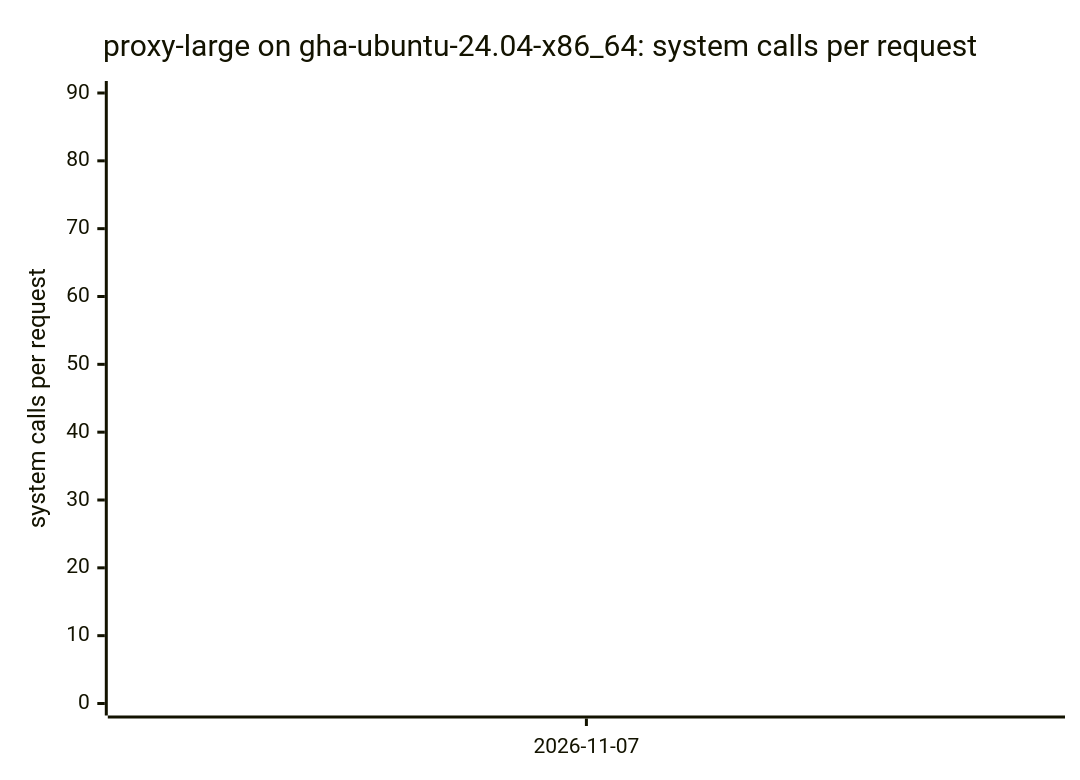
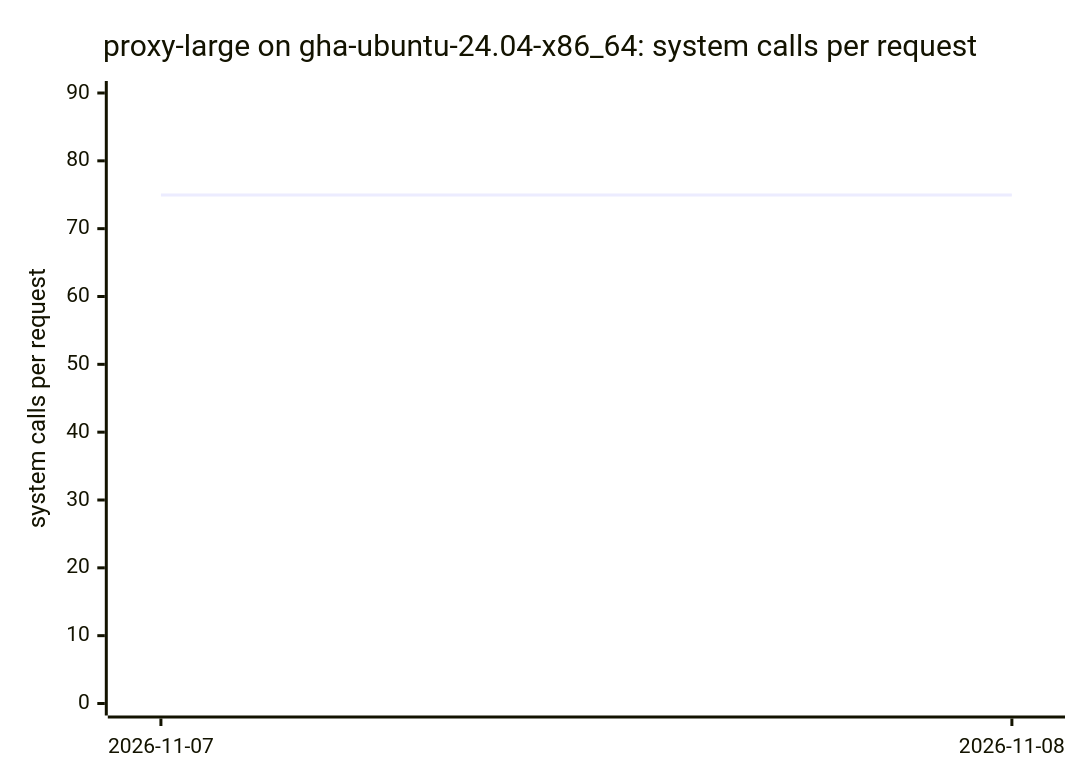
Diagram 14 of 16 in BENCHMARKS.md (ThePixelPilgrim/durchlauferhitzer), drawn with Mermaid before and after one commit. The commit also changed other lines of this file and 1 other file, not shown here.

````diff
--- a/BENCHMARKS.md
+++ b/BENCHMARKS.md
@@ -157,7 +157,7 @@
 ```mermaid
 xychart-beta
   title "proxy-large on gha-ubuntu-24.04-x86_64: system calls per request"
-  x-axis ["2026-11-07"]
+  x-axis ["2026-11-07", "2026-11-08"]
   y-axis "system calls per request" 0 --> 90
-  line [74.97]
+  line [74.97, 74.98]
 ```
````
